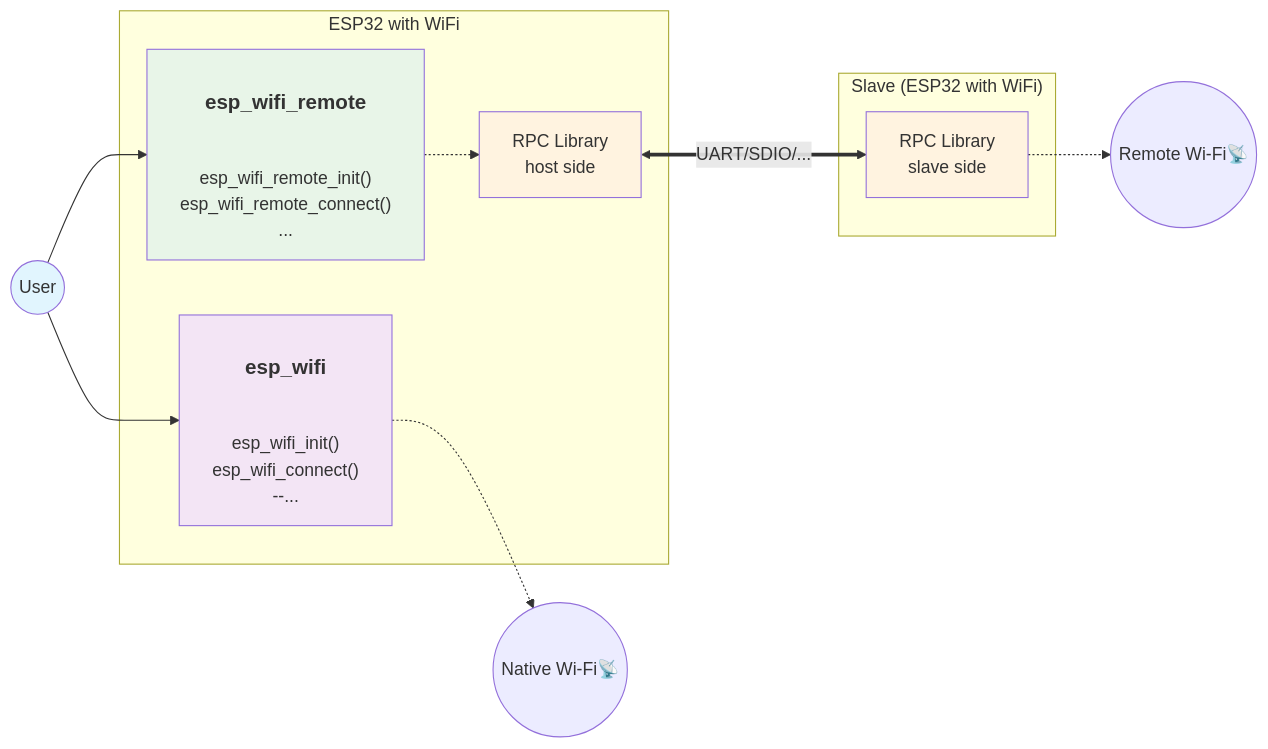
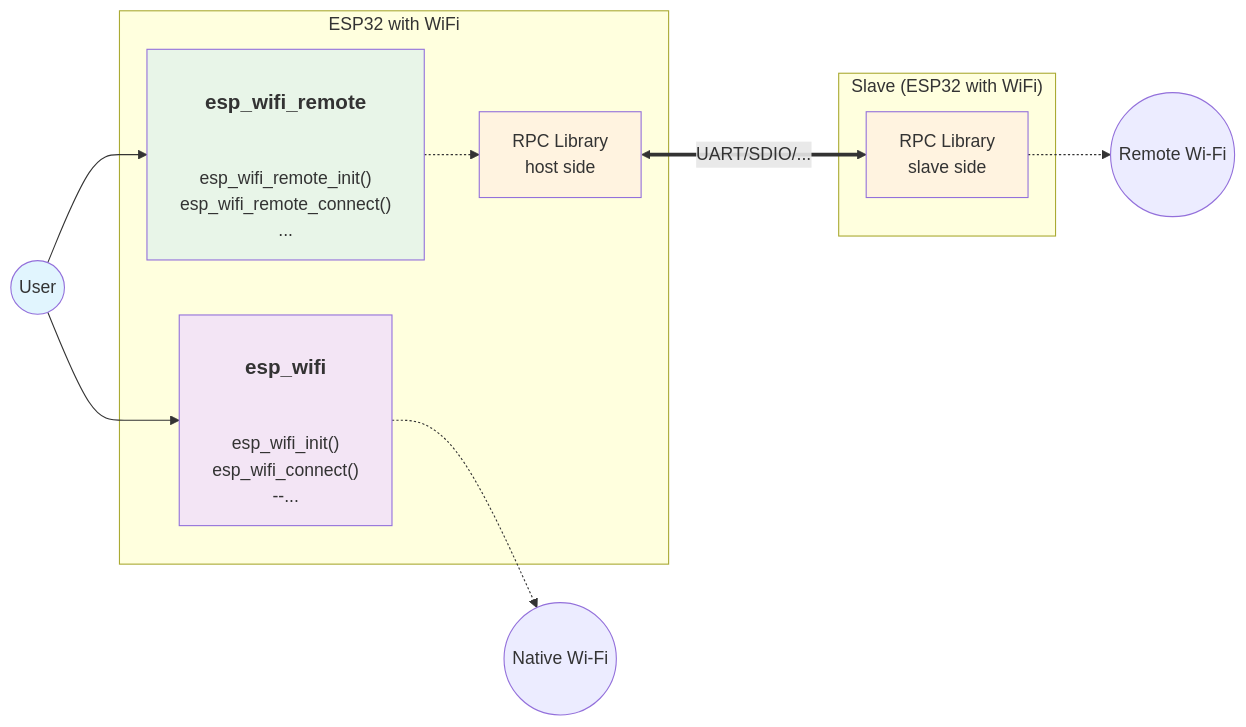
The third of 4 diagrams in content/blog/2025/08/esp-wifi-remote/index.md (espressif/developer-portal), drawn with Mermaid before and after one commit. The commit also changed other lines of this file, not shown here.

Commit message:
fix(wifi-remote): Cleanup + review comments

````diff
--- a/content/blog/2025/08/esp-wifi-remote/index.md
+++ b/content/blog/2025/08/esp-wifi-remote/index.md
@@ -85,27 +85,27 @@
 ```mermaid
 graph LR
     U((User)) -->  REMOTE["<h3>esp_wifi_remote</h3><br/>esp_wifi_remote_init()<br/>esp_wifi_remote_connect()<br/>..."]
     U((User)) --> WIFI["<h3>esp_wifi</h3><br/>esp_wifi_init()<br/>esp_wifi_connect()<br/>--..."]
 
     subgraph "ESP32 with WiFi"
         WIFI
         REMOTE -.-> RPC[RPC Library</br>host side]
     end
 
 
     subgraph "Slave (ESP32 with WiFi)"
         RPC <==UART/SDIO/...==> SLAVE_RPC[RPC Library<br/>slave side]
     end
 
-    NATIVE_ANT((Native Wi-Fi📡))
-    REMOTE_ANT((Remote Wi-Fi📡))
+    NATIVE_ANT((Native Wi-Fi))
+    REMOTE_ANT((Remote Wi-Fi))
 
     WIFI -.-> NATIVE_ANT
     SLAVE_RPC -.-> REMOTE_ANT
 
     style U fill:#e1f5fe
     style WIFI fill:#f3e5f5
     style REMOTE fill:#e8f5e8
     style RPC fill:#fff3e0
     style SLAVE_RPC fill:#fff3e0
 ```
````
